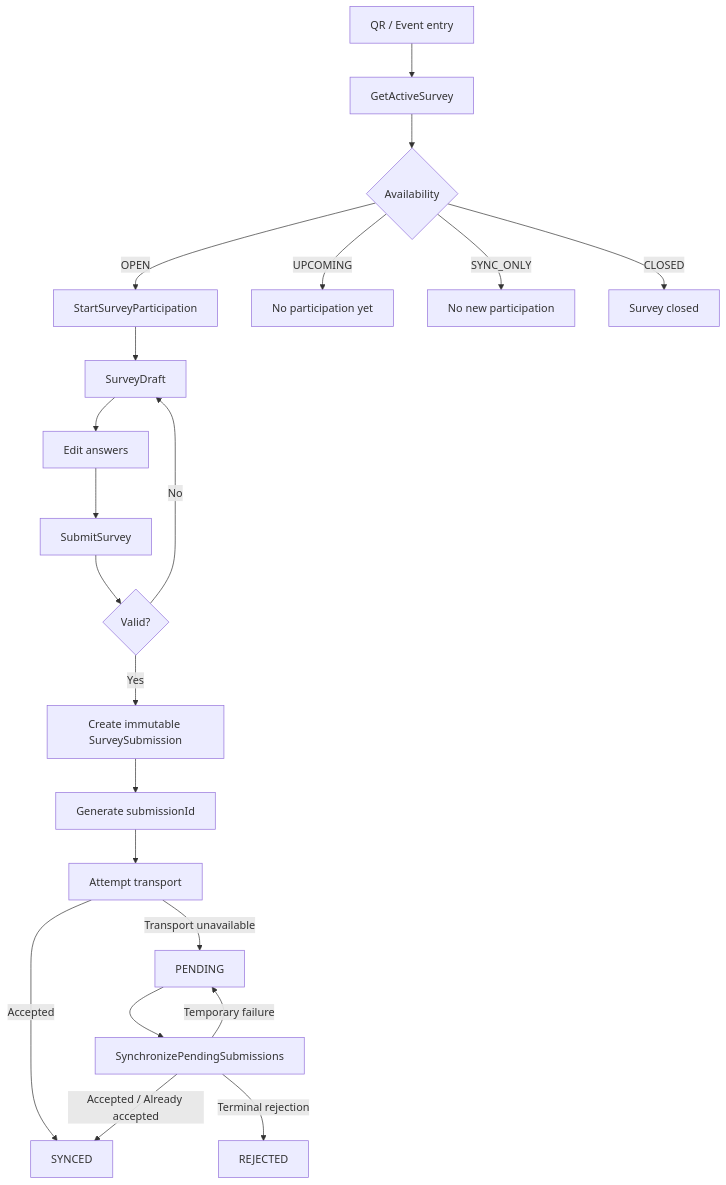
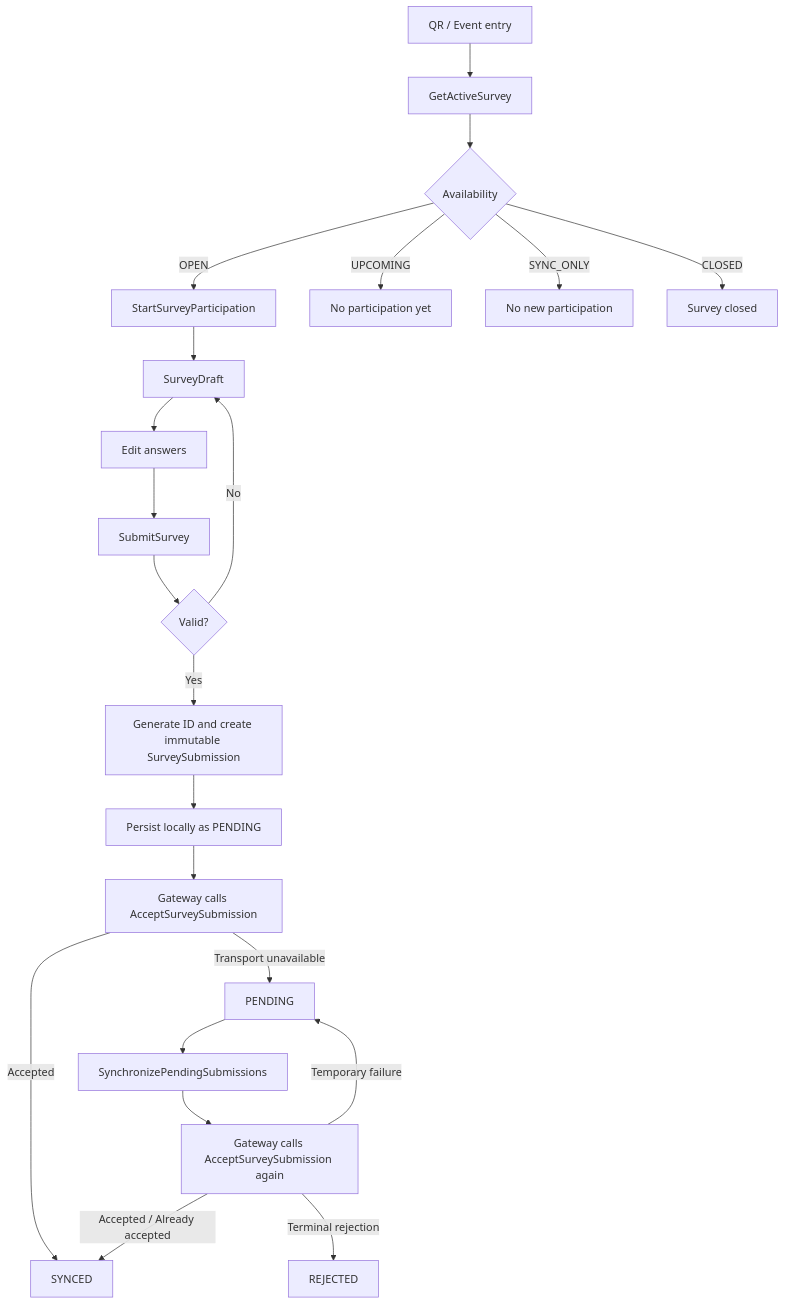
Before and after one commit to Armindavigilio/event-survey-platform: the first of 2 diagrams in docs/modules/survey/SURVEY_TECHNICAL_SPEC.md, drawn with Mermaid. The commit also changed other lines of this file and 15 other files, not shown here.

````diff
--- a/docs/modules/survey/SURVEY_TECHNICAL_SPEC.md
+++ b/docs/modules/survey/SURVEY_TECHNICAL_SPEC.md
@@ -305,26 +305,27 @@
 ```mermaid
 flowchart TD
     A[QR / Event entry] --> B[GetActiveSurvey]
     B --> C{Availability}
     C -->|OPEN| D[StartSurveyParticipation]
     C -->|UPCOMING| E[No participation yet]
     C -->|SYNC_ONLY| F[No new participation]
     C -->|CLOSED| G[Survey closed]
 
     D --> H[SurveyDraft]
     H --> I[Edit answers]
     I --> J[SubmitSurvey]
     J --> K{Valid?}
     K -->|No| H
-    K -->|Yes| L[Create immutable SurveySubmission]
-    L --> M[Generate submissionId]
-    M --> N[Attempt transport]
+    K -->|Yes| L[Generate ID and create immutable SurveySubmission]
+    L --> M[Persist locally as PENDING]
+    M --> N[Gateway calls AcceptSurveySubmission]
 
     N -->|Accepted| O[SYNCED]
     N -->|Transport unavailable| P[PENDING]
 
     P --> Q[SynchronizePendingSubmissions]
-    Q -->|Accepted / Already accepted| O
-    Q -->|Temporary failure| P
-    Q -->|Terminal rejection| R[REJECTED]
+    Q --> T[Gateway calls AcceptSurveySubmission again]
+    T -->|Accepted / Already accepted| O
+    T -->|Temporary failure| P
+    T -->|Terminal rejection| R[REJECTED]
 ```
````
